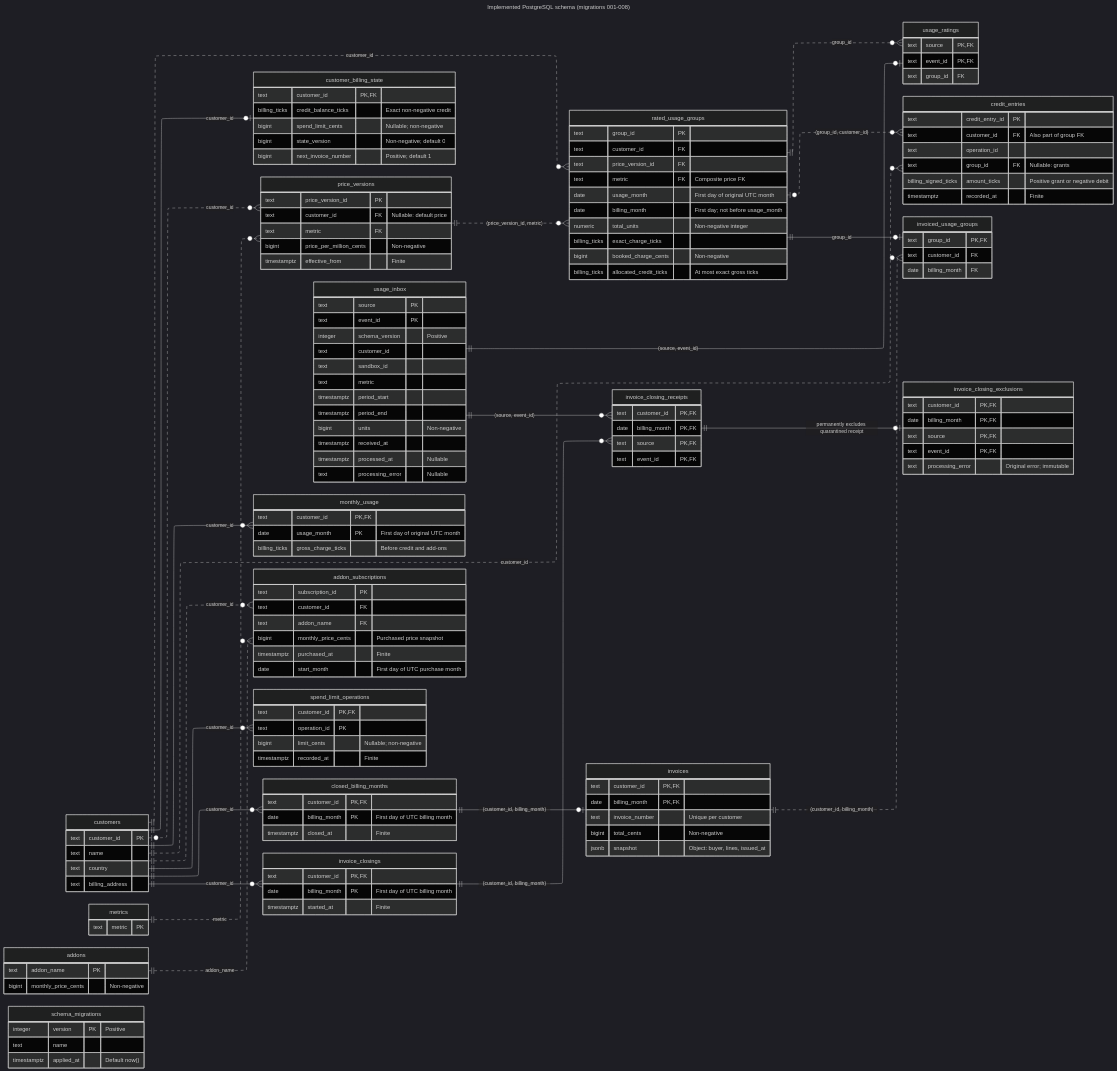
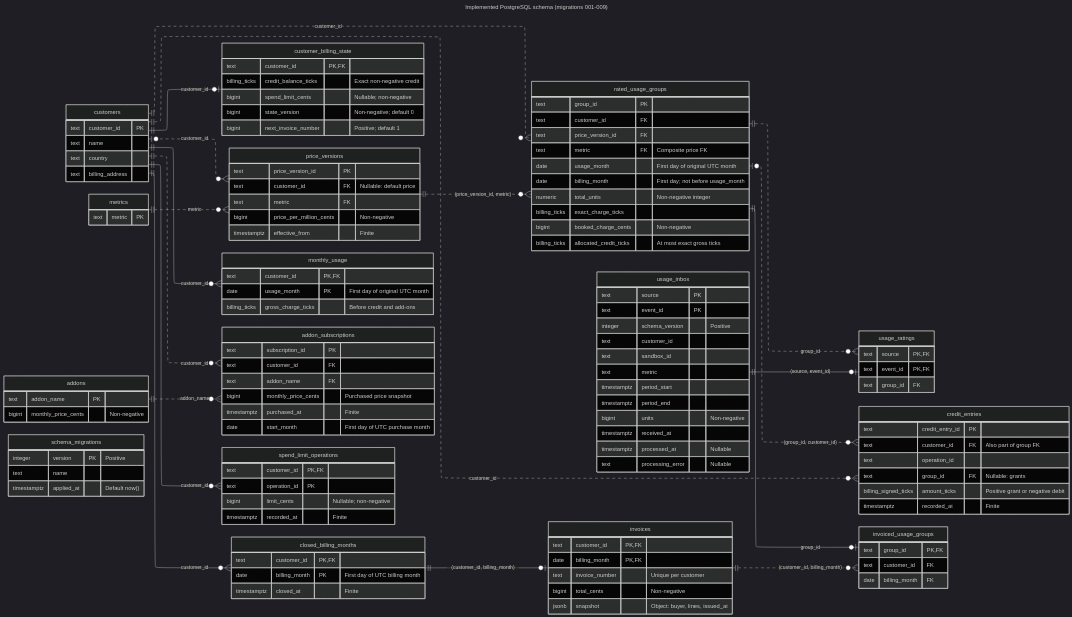
Before and after one commit to pupitooo/e2b-billing-api: the diagram in docs/diagrams/implemented-data-model/implemented-data-model.mmd, drawn with Mermaid (dark theme). The commit also changed 36 other files, not shown here.

First line of the commit message:
Close invoices from processed usage and enforce month order (#40)

```diff
--- a/docs/diagrams/implemented-data-model/implemented-data-model.mmd
+++ b/docs/diagrams/implemented-data-model/implemented-data-model.mmd
@@ -1,181 +1,156 @@
 ---
-title: Implemented PostgreSQL schema (migrations 001-008)
+title: Implemented PostgreSQL schema (migrations 001-009)
 config:
   layout: elk
 ---
 erDiagram
     direction LR
 
     customers ||--o| customer_billing_state : customer_id
     customers |o..o{ price_versions : customer_id
     metrics ||..o{ price_versions : metric
     customers ||..o{ rated_usage_groups : customer_id
     price_versions ||..o{ rated_usage_groups : "(price_version_id, metric)"
     usage_inbox ||--o| usage_ratings : "(source, event_id)"
     rated_usage_groups ||..o{ usage_ratings : group_id
     customers ||--o{ monthly_usage : customer_id
     customers ||..o{ credit_entries : customer_id
     rated_usage_groups |o..o{ credit_entries : "(group_id, customer_id)"
     customers ||..o{ addon_subscriptions : customer_id
     addons ||..o{ addon_subscriptions : addon_name
 
     customers ||--o{ spend_limit_operations : customer_id
     customers ||--o{ closed_billing_months : customer_id
-    customers ||--o{ invoice_closings : customer_id
-    invoice_closings ||--o{ invoice_closing_receipts : "(customer_id, billing_month)"
-    usage_inbox ||--o{ invoice_closing_receipts : "(source, event_id)"
     closed_billing_months ||--o| invoices : "(customer_id, billing_month)"
     invoices ||..o{ invoiced_usage_groups : "(customer_id, billing_month)"
     rated_usage_groups ||--o| invoiced_usage_groups : group_id
 
     usage_inbox {
         text source PK
         text event_id PK
         integer schema_version "Positive"
         text customer_id
         text sandbox_id
         text metric
         timestamptz period_start
         timestamptz period_end
         bigint units "Non-negative"
         timestamptz received_at
         timestamptz processed_at "Nullable"
         text processing_error "Nullable"
     }
     usage_ratings {
         text source PK,FK
         text event_id PK,FK
         text group_id FK
     }
     rated_usage_groups {
         text group_id PK
         text customer_id FK
         text price_version_id FK
         text metric FK "Composite price FK"
         date usage_month "First day of original UTC month"
         date billing_month "First day; not before usage_month"
         numeric total_units "Non-negative integer"
         billing_ticks exact_charge_ticks
         bigint booked_charge_cents "Non-negative"
         billing_ticks allocated_credit_ticks "At most exact gross ticks"
     }
     customers {
         text customer_id PK
         text name
         text country
         text billing_address
     }
     customer_billing_state {
         text customer_id PK,FK
         billing_ticks credit_balance_ticks "Exact non-negative credit"
         bigint spend_limit_cents "Nullable; non-negative"
         bigint state_version "Non-negative; default 0"
         bigint next_invoice_number "Positive; default 1"
     }
     metrics {
         text metric PK
     }
     price_versions {
         text price_version_id PK
         text customer_id FK "Nullable: default price"
         text metric FK
         bigint price_per_million_cents "Non-negative"
         timestamptz effective_from "Finite"
     }
     monthly_usage {
         text customer_id PK,FK
         date usage_month PK "First day of original UTC month"
         billing_ticks gross_charge_ticks "Before credit and add-ons"
     }
     credit_entries {
         text credit_entry_id PK
         text customer_id FK "Also part of group FK"
         text operation_id
         text group_id FK "Nullable: grants"
         billing_signed_ticks amount_ticks "Positive grant or negative debit"
         timestamptz recorded_at "Finite"
     }
     addons {
         text addon_name PK
         bigint monthly_price_cents "Non-negative"
     }
     addon_subscriptions {
         text subscription_id PK
         text customer_id FK
         text addon_name FK
         bigint monthly_price_cents "Purchased price snapshot"
         timestamptz purchased_at "Finite"
         date start_month "First day of UTC purchase month"
     }
     spend_limit_operations {
         text customer_id PK,FK
         text operation_id PK
         bigint limit_cents "Nullable; non-negative"
         timestamptz recorded_at "Finite"
     }
     closed_billing_months {
         text customer_id PK,FK
         date billing_month PK "First day of UTC billing month"
         timestamptz closed_at "Finite"
     }
-    invoice_closings {
-        text customer_id PK,FK
-        date billing_month PK "First day of UTC billing month"
-        timestamptz started_at "Finite"
-    }
-    invoice_closing_receipts {
-        text customer_id PK,FK
-        date billing_month PK,FK
-        text source PK,FK
-        text event_id PK,FK
-    }
-    invoice_closing_exclusions {
-        text customer_id PK,FK
-        date billing_month PK,FK
-        text source PK,FK
-        text event_id PK,FK
-        text processing_error "Original error; immutable"
-    }
     invoices {
         text customer_id PK,FK
         date billing_month PK,FK
         text invoice_number "Unique per customer"
         bigint total_cents "Non-negative"
         jsonb snapshot "Object: buyer, lines, issued_at"
     }
     invoiced_usage_groups {
         text group_id PK,FK
         text customer_id FK
         date billing_month FK
     }
     schema_migrations {
         integer version PK "Positive"
         text name
         timestamptz applied_at "Default now()"
     }
 
-    %% This diagram covers all 18 tables and 82 columns after migrate.sql and migrations 001-008.
+    %% This diagram covers all 16 tables after migrate.sql and migrations 001-009.
     %% All columns are NOT NULL unless explicitly labeled Nullable.
     %% PK and FK markers identify membership in primary and foreign keys, including composite keys.
     %% Solid relationships include parent identity in the child's primary key; dashed ones do not.
     %% Edges show declared foreign keys only; usage_inbox has no customer or metric FK.
     %% billing_ticks is numeric constrained to non-negative finite integers; 1 cent = 1_000_000 ticks.
     %% billing_signed_ticks is numeric constrained to signed finite integers for credit history.
     %% price_versions UNIQUE NULLS NOT DISTINCT: (customer_id, metric, effective_from).
     %% price_versions UNIQUE: (price_version_id, metric).
     %% rated_usage_groups UNIQUE: (customer_id, price_version_id, usage_month, billing_month).
     %% rated_usage_groups UNIQUE: (group_id, customer_id).
     %% credit_entries UNIQUE: (customer_id, operation_id).
     %% addon_subscriptions UNIQUE: (customer_id, addon_name).
     %% invoices UNIQUE: (customer_id, invoice_number).
     %% price_versions, usage_ratings, and credit_entries reject updates and deletes through triggers.
-    %% closed_billing_months, spend_limit_operations, invoice_closings, invoice_closing_receipts,
-    %% invoices, and invoiced_usage_groups also reject updates and deletes through triggers.
+    %% Closed months, spend-limit operations, invoices and invoiced groups reject updates and deletes.
     %% Triggers also preserve group identity and validate receipt customer, metric, and UTC month.
     %% A group referenced by invoiced_usage_groups rejects updates and deletes.
     %% InvoiceLine values are stored in invoices.snapshot.lines; there is no invoice_lines table.
     %% No extra FK matches invoiced_usage_groups customer/month to the group's customer/month.
-    %% No extra FK matches invoice_closing_receipts customer to the receipt's customer.
     %% Those ownership checks belong to the closing transaction; edges show only declared FKs.
-
-    invoice_closing_receipts ||--o| invoice_closing_exclusions : "permanently excludes quarantined receipt"
```
